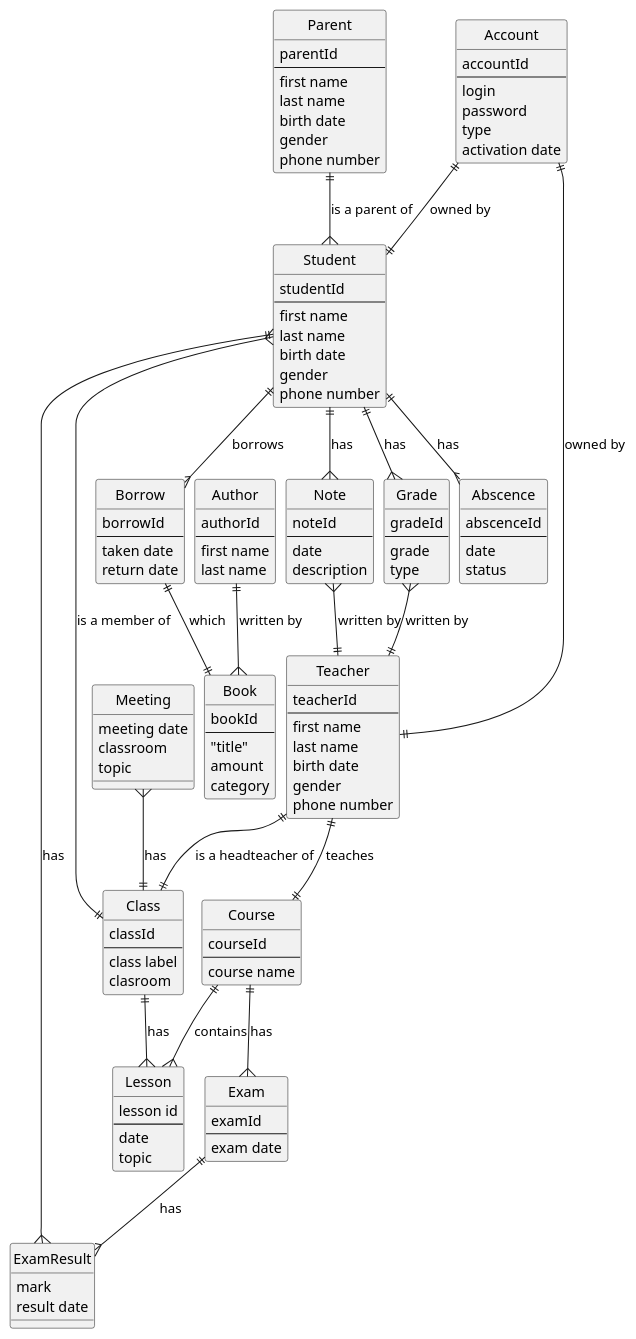
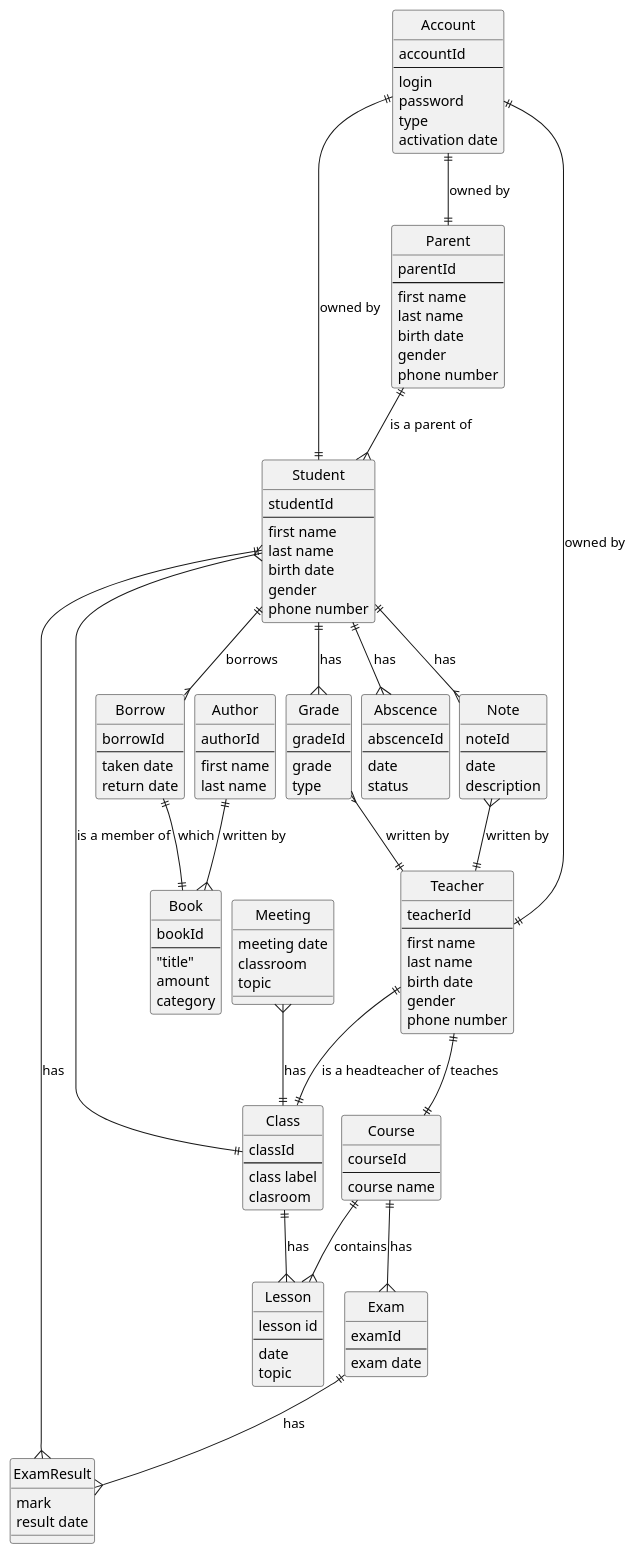
Before and after one commit to kploskonka/Highschool-Database-System: the diagram in erd.plantuml, drawn with PlantUML. The commit also changed 6 other files, not shown here.

```diff
--- a/erd.plantuml
+++ b/erd.plantuml
@@ -1,133 +1,134 @@
 @startuml
 hide circle
 
 skinparam nodesep 10
 skinparam ranksep 15
 entity "Account" as ac {
     accountId
     --
     login
     password
     type
     activation date
 }
 entity "Student" as stu {
     studentId
     --
     first name
     last name 
     birth date
     gender
     phone number
 }
 entity "Teacher" as tea {
     teacherId
     --
     first name
     last name 
     birth date
     gender
     phone number
 }
 entity "Parent" as par {
     parentId
     --
     first name
     last name 
     birth date
     gender
     phone number
 }
 entity "Abscence" as abs{
     abscenceId
     --
     date
     status
 }
 entity "Borrow" as bo{
     borrowId
     --
     taken date
     return date
 }
 entity "Book" as book{
     bookId
     --
     "title"
     amount
     category
 }
 entity "Author" as au{
     authorId
     --
     first name
     last name
 }
 entity "Course" as co{
     courseId
     --
     course name
 }
 entity "Lesson" as le{
     lesson id
     --
     date
     topic
 }
 entity "Class" as cl{
     classId 
     --
     class label
     clasroom
 }
 entity "Exam" as ex{
     examId
     --
     exam date
 }
 entity "ExamResult" as exR{
     mark
     result date
 }
 entity "Meeting" as me{
     meeting date
     classroom 
     topic 
 }
 entity "Note" as no{
     noteId
     --
     date 
     description
 }
 entity "Grade" as gr{
     gradeId
     --
     grade
     type
 }
  ' zero to one |o--
  ' exactly one ||--
  ' zero or many }o--
  ' one or many }|--
+ ac ||----|| par: "owned by"
 stu }----|| cl : "is a member of"
 stu ||----{ no: "has"
 no }----|| tea: "written by"
 stu ||----{ gr : "has"
 gr }----|| tea: "written by"
 stu ||----{ bo : "borrows"
 bo ||----|| book : "which"
 au ||----{ book : "written by"
 ac ||----|| stu : "owned by"
 ac ||----|| tea : "owned by"
 par ||----{ stu : "is a parent of"
 stu ||----{ abs : "has"
 tea ||----|| co : "teaches"
 tea ||----|| cl : "is a headteacher of"
 co ||----{ le : "contains"
 co ||----{ ex : "has"
 ex ||----{ exR : "has"
 me }----|| cl : "has"
 cl ||----{ le: "has"
 stu ||-----{ exR: "has"
 @enduml
```
